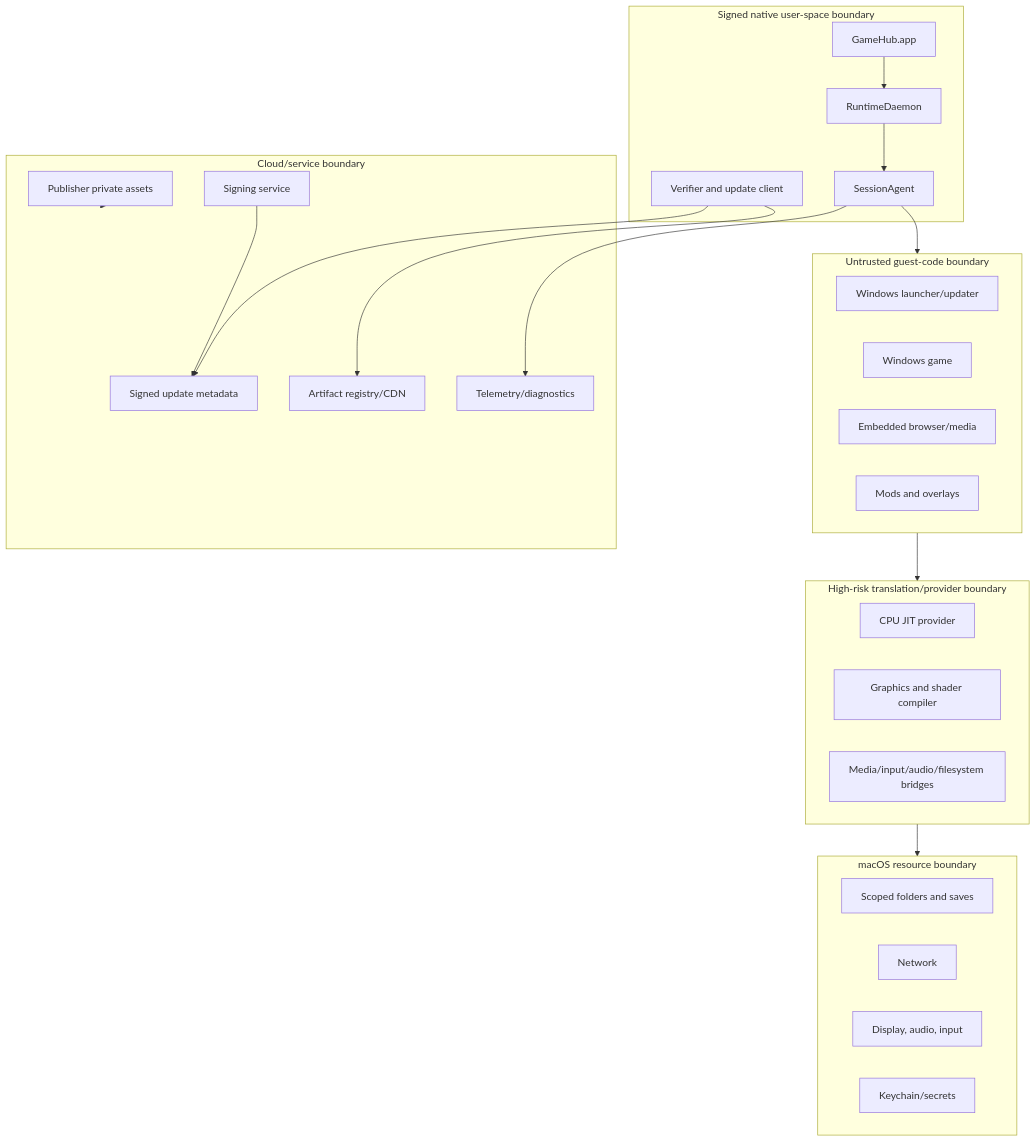
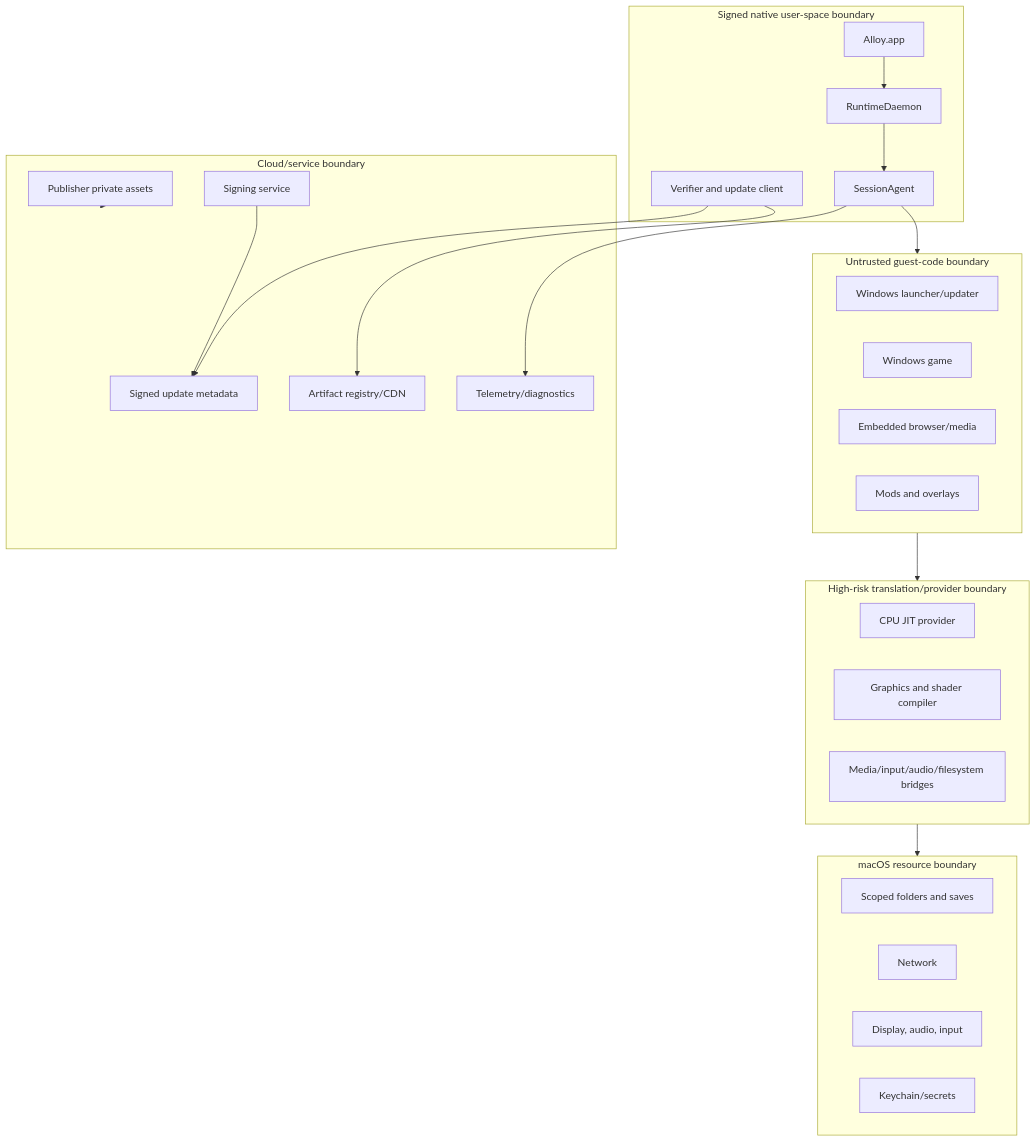
Before and after one commit to cleverClosure/Alloy: the diagram in docs/docs/09_SECURITY_PRIVACY_THREAT_MODEL.md, drawn with Mermaid. The commit also changed other lines of this file and 42 other files, not shown here.

````diff
--- a/docs/docs/09_SECURITY_PRIVACY_THREAT_MODEL.md
+++ b/docs/docs/09_SECURITY_PRIVACY_THREAT_MODEL.md
@@ -58,44 +58,44 @@
 ```mermaid
 flowchart TB
     subgraph Native["Signed native user-space boundary"]
-        UI[GameHub.app]
+        UI[Alloy.app]
         Daemon[RuntimeDaemon]
         Agent[SessionAgent]
         Verify[Verifier and update client]
     end
     subgraph Guest["Untrusted guest-code boundary"]
         Launcher[Windows launcher/updater]
         Game[Windows game]
         Browser[Embedded browser/media]
         Mods[Mods and overlays]
     end
     subgraph Providers["High-risk translation/provider boundary"]
         CPU[CPU JIT provider]
         GFX[Graphics and shader compiler]
         Services[Media/input/audio/filesystem bridges]
     end
     subgraph Host["macOS resource boundary"]
         Files[Scoped folders and saves]
         Network[Network]
         Devices[Display, audio, input]
         Keychain[Keychain/secrets]
     end
     subgraph Cloud["Cloud/service boundary"]
         Metadata[Signed update metadata]
         Registry[Artifact registry/CDN]
         Ingest[Telemetry/diagnostics]
         Publisher[Publisher private assets]
         Signing[Signing service]
     end
 
     UI --> Daemon
     Daemon --> Agent
     Agent --> Guest
     Guest --> Providers
     Providers --> Host
     Verify --> Metadata
     Verify --> Registry
     Agent --> Ingest
     Publisher --> Cloud
     Signing --> Metadata
 ```
````
